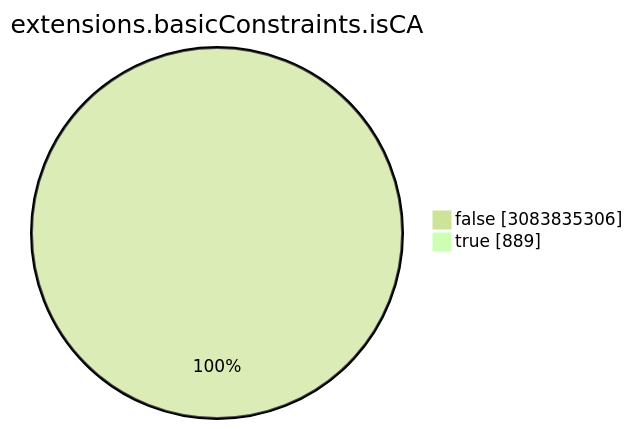
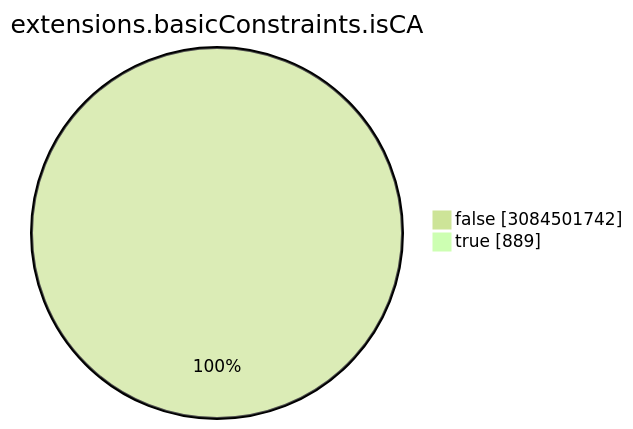
One commit to christiankrug/ctmonitor_visualization changed the seventh of 15 diagrams in TOTAL/README.md. Above: the diagram before and after it, drawn with Mermaid (forest theme). The commit also changed other lines of this file, not shown here.

````diff
--- a/TOTAL/README.md
+++ b/TOTAL/README.md
@@ -3086,6 +3086,6 @@
 ```mermaid
 pie showData
 title extensions.basicConstraints.isCA
-"false" :3083835306
+"false" :3084501742
 "true" :889
 ```
````
